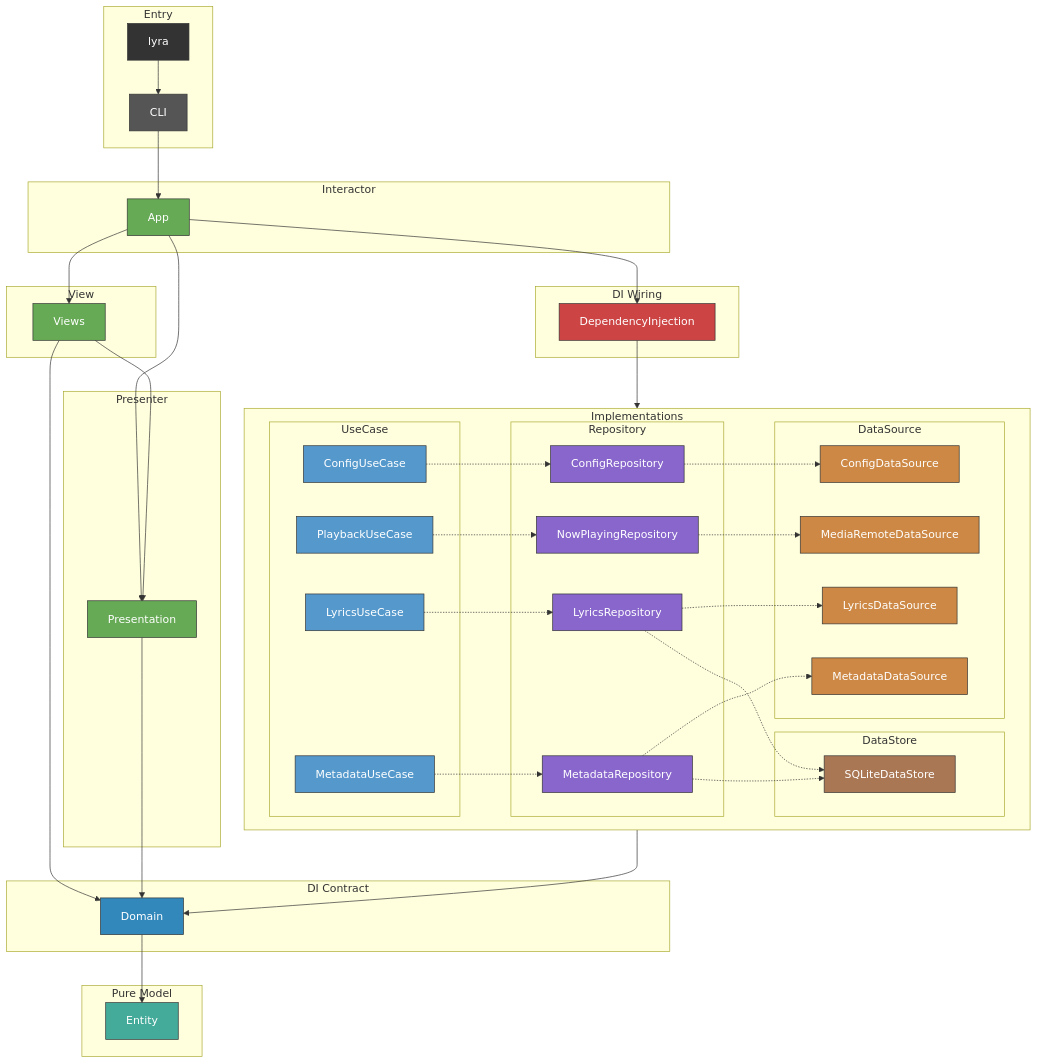
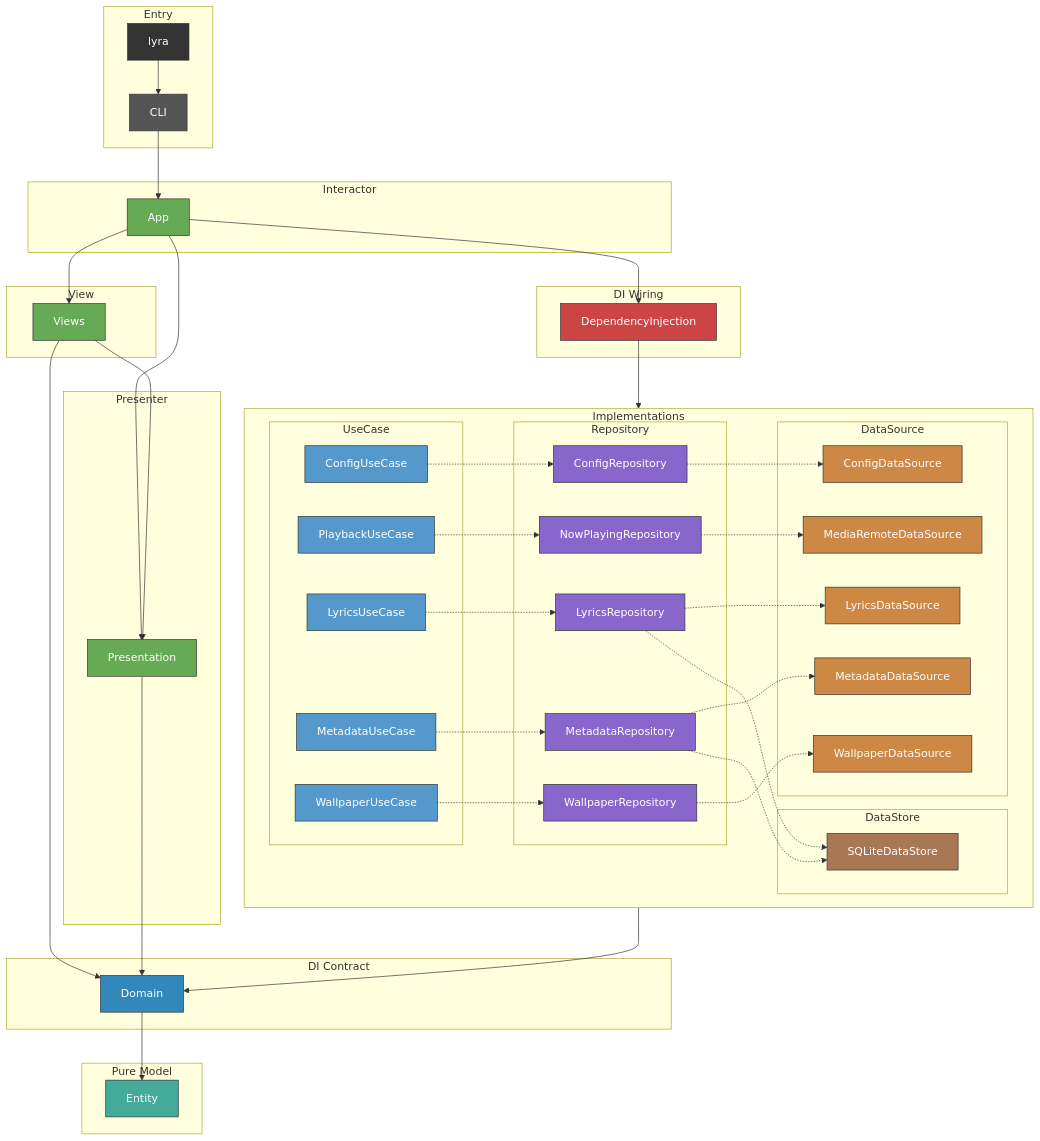
Before and after one commit to GeneralD/backdrop: the diagram in CLAUDE.md, drawn with Mermaid. The commit also changed other lines of this file and 30 other files, not shown here.

````diff
--- a/CLAUDE.md
+++ b/CLAUDE.md
@@ -58,6 +58,7 @@
             PlaybackUseCase[PlaybackUseCase]
             LyricsUseCase[LyricsUseCase]
             MetadataUseCase[MetadataUseCase]
+            WallpaperUseCase[WallpaperUseCase]
         end
 
         subgraph Repository
@@ -65,6 +66,7 @@
             LyricsRepository[LyricsRepository]
             MetadataRepository[MetadataRepository]
             NowPlayingRepository[NowPlayingRepository]
+            WallpaperRepository[WallpaperRepository]
         end
 
         subgraph DataSource
@@ -72,6 +74,7 @@
             MetadataDataSource[MetadataDataSource]
             ConfigDataSource[ConfigDataSource]
             MediaRemoteDataSource[MediaRemoteDataSource]
+            WallpaperDataSource[WallpaperDataSource]
         end
 
         subgraph DataStore
@@ -97,6 +100,8 @@
     MetadataUseCase -.-> MetadataRepository
     MetadataRepository -.-> MetadataDataSource
     MetadataRepository -.-> SQLiteDataStore
+    WallpaperUseCase -.-> WallpaperRepository
+    WallpaperRepository -.-> WallpaperDataSource
 
     style lyra fill:#333,stroke:#333,color:#fff
     style CLI fill:#555,stroke:#333,color:#fff
@@ -110,13 +115,16 @@
     style PlaybackUseCase fill:#59c,stroke:#333,color:#fff
     style LyricsUseCase fill:#59c,stroke:#333,color:#fff
     style MetadataUseCase fill:#59c,stroke:#333,color:#fff
+    style WallpaperUseCase fill:#59c,stroke:#333,color:#fff
     style ConfigRepository fill:#86c,stroke:#333,color:#fff
     style LyricsRepository fill:#86c,stroke:#333,color:#fff
     style MetadataRepository fill:#86c,stroke:#333,color:#fff
     style NowPlayingRepository fill:#86c,stroke:#333,color:#fff
+    style WallpaperRepository fill:#86c,stroke:#333,color:#fff
     style LyricsDataSource fill:#c84,stroke:#333,color:#fff
     style MetadataDataSource fill:#c84,stroke:#333,color:#fff
     style ConfigDataSource fill:#c84,stroke:#333,color:#fff
     style MediaRemoteDataSource fill:#c84,stroke:#333,color:#fff
+    style WallpaperDataSource fill:#c84,stroke:#333,color:#fff
     style SQLiteDataStore fill:#a75,stroke:#333,color:#fff
 ```
````
